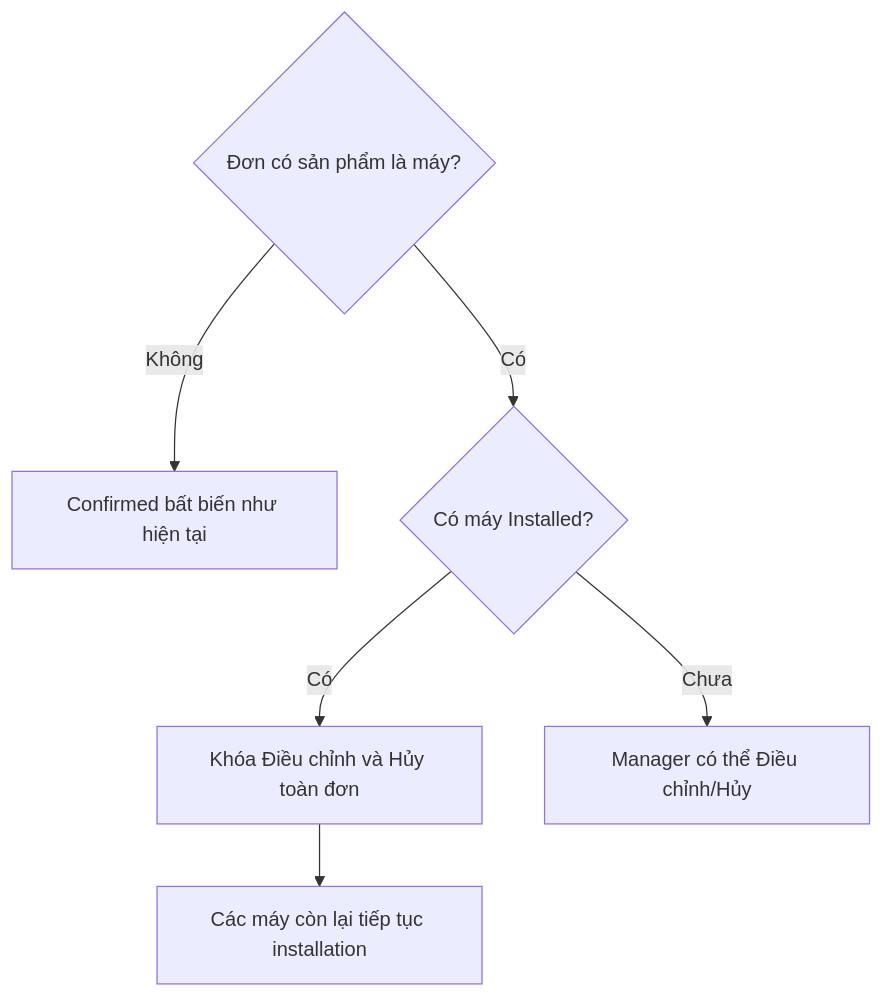
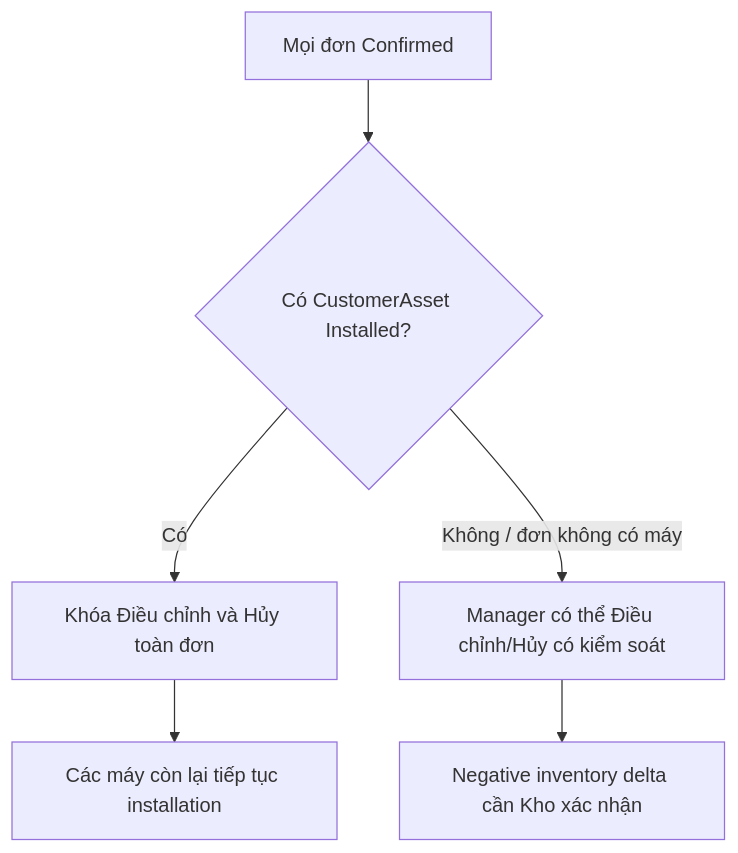
Before and after one commit to thangbq190893/VpureLux: the ninth of 9 diagrams in docs/SALES_PRE_INSTALLATION_CHANGE_CANCELLATION_FLOWS.md, drawn with Mermaid. The commit also changed other lines of this file and 7 other files, not shown here.

````diff
--- a/docs/SALES_PRE_INSTALLATION_CHANGE_CANCELLATION_FLOWS.md
+++ b/docs/SALES_PRE_INSTALLATION_CHANGE_CANCELLATION_FLOWS.md
@@ -164,9 +164,8 @@
 ```mermaid
 flowchart TD
-    A{"Đơn có sản phẩm là máy?"}
-    A -->|"Không"| B["Confirmed bất biến như hiện tại"]
-    A -->|"Có"| C{"Có máy Installed?"}
-    C -->|"Có"| D["Khóa Điều chỉnh và Hủy toàn đơn"]
-    C -->|"Chưa"| E["Manager có thể Điều chỉnh/Hủy"]
-    D --> F["Các máy còn lại tiếp tục installation"]
+    A["Mọi đơn Confirmed"] --> B{"Có CustomerAsset Installed?"}
+    B -->|"Có"| C["Khóa Điều chỉnh và Hủy toàn đơn"]
+    B -->|"Không / đơn không có máy"| D["Manager có thể Điều chỉnh/Hủy có kiểm soát"]
+    D --> E["Negative inventory delta cần Kho xác nhận"]
+    C --> F["Các máy còn lại tiếp tục installation"]
 ```
````
